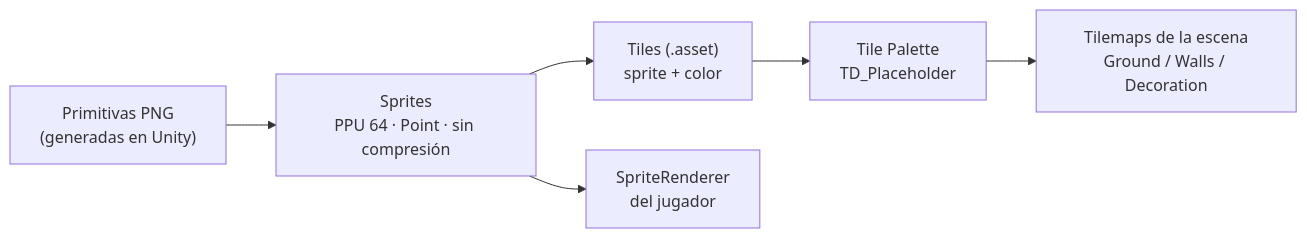
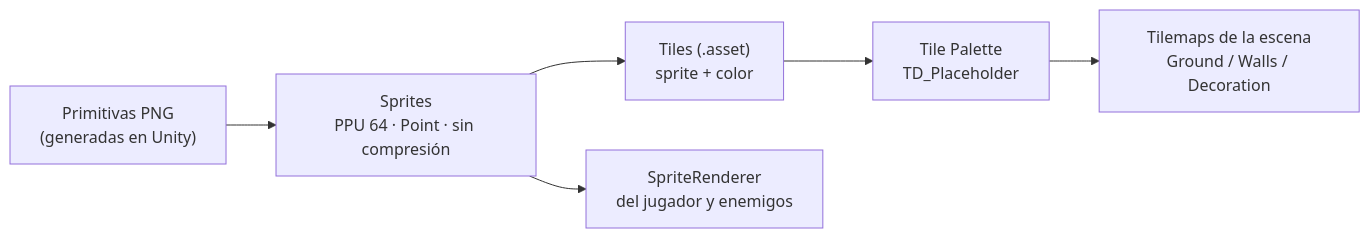
Before and after one commit to 0266768-velita/Videogame-Development: the third of 3 diagrams in TD_Game_ARQUITECTURA.md, drawn with Mermaid. The commit also changed other lines of this file and 75 other files, not shown here.

````diff
--- a/TD_Game_ARQUITECTURA.md
+++ b/TD_Game_ARQUITECTURA.md
@@ -114,8 +193,8 @@
 ```mermaid
 flowchart LR
     P["Primitivas PNG<br/>(generadas en Unity)"] --> S["Sprites<br/>PPU 64 · Point · sin compresión"]
     S --> TL["Tiles (.asset)<br/>sprite + color"]
     TL --> PAL["Tile Palette<br/>TD_Placeholder"]
     PAL --> TM["Tilemaps de la escena<br/>Ground / Walls / Decoration"]
-    S --> SR["SpriteRenderer<br/>del jugador"]
+    S --> SR["SpriteRenderer<br/>del jugador y enemigos"]
 ```
````
